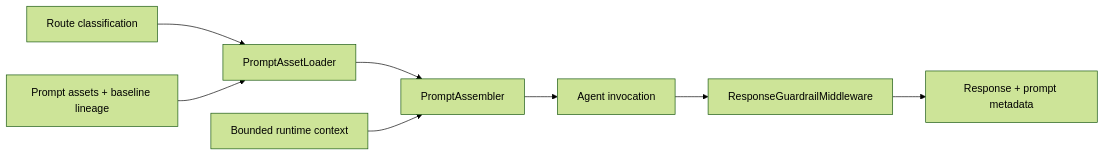
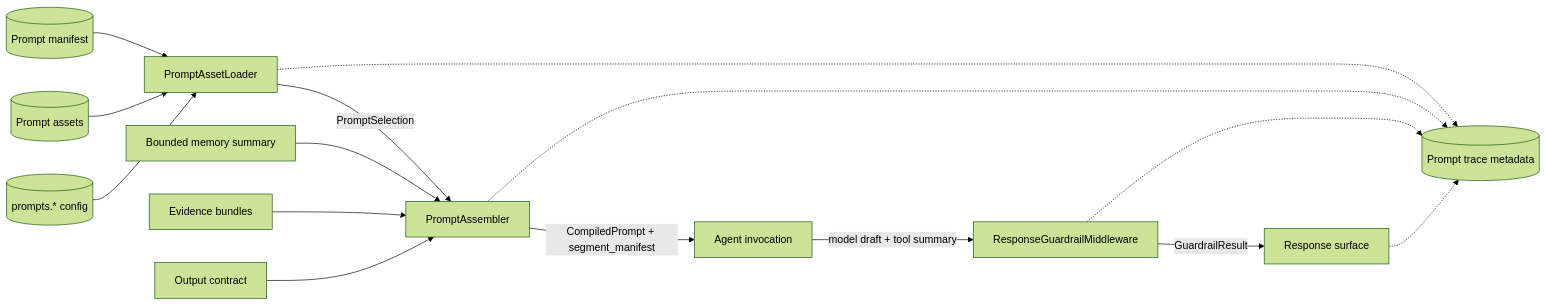
One commit to d-dragon/dp-stock-investment-assistant changed the sixth of 16 diagrams in docs/domains/agent/TECHNICAL_DESIGN.md. Above: the diagram before and after it, drawn with Mermaid (forest theme). The commit also changed other lines of this file and 2 other files, not shown here.

First line of the commit message:
docs(agent): deepen prompt technical design and sync with other related docs

````diff
--- a/docs/domains/agent/TECHNICAL_DESIGN.md
+++ b/docs/domains/agent/TECHNICAL_DESIGN.md
@@ -480,10 +642,25 @@
 ```mermaid
 flowchart LR
-	Route["Route classification"] --> Loader["PromptAssetLoader"]
-	Assets["Prompt assets + baseline lineage"] --> Loader
-	Loader --> Assembler["PromptAssembler"]
-	Context["Bounded runtime context"] --> Assembler
-	Assembler --> Agent["Agent invocation"]
-	Agent --> Guard["ResponseGuardrailMiddleware"]
-	Guard --> Out["Response + prompt metadata"]
+	Manifest[("Prompt manifest")]
+	Assets[("Prompt assets")]
+	Config[("prompts.* config")]
+	Memory["Bounded memory summary"]
+	Evidence["Evidence bundles"]
+	Contract["Output contract"]
+	Trace[("Prompt trace metadata")]
+
+	Manifest --> Loader["PromptAssetLoader"]
+	Assets --> Loader
+	Config --> Loader
+	Loader -->|PromptSelection| Assembler["PromptAssembler"]
+	Memory --> Assembler
+	Evidence --> Assembler
+	Contract --> Assembler
+	Assembler -->|CompiledPrompt + segment_manifest| Agent["Agent invocation"]
+	Agent -->|model draft + tool summary| Guard["ResponseGuardrailMiddleware"]
+	Guard -->|GuardrailResult| Surface["Response surface"]
+	Loader -.-> Trace
+	Assembler -.-> Trace
+	Guard -.-> Trace
+	Surface -.-> Trace
 ```
````
